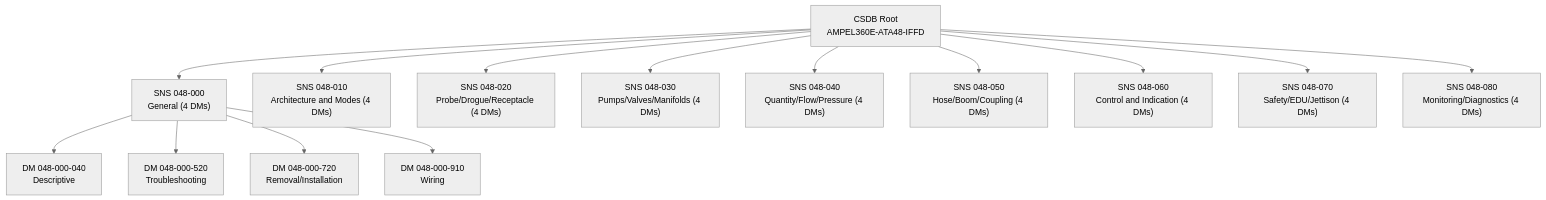
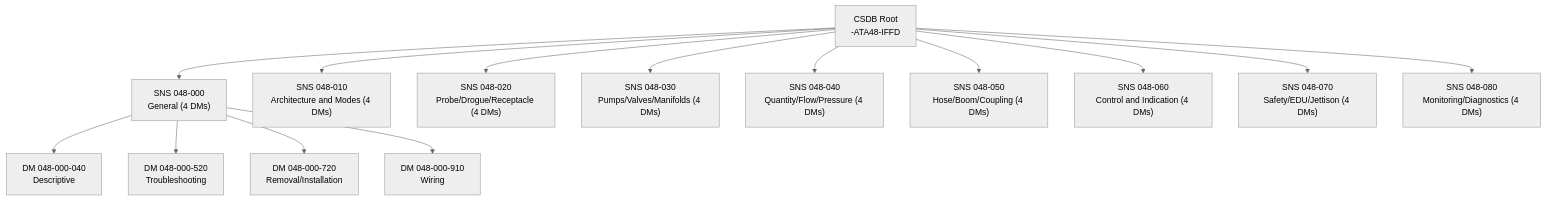
The first of 3 diagrams in Q+ATLANTIDE/000-099_ATLAS/040-049_Avionica-Informacion-y-APU/048_In-Flight-Fuel-Dispensing/048-090-S1000D-CSDB-Mapping-and-Traceability.md (AmedeoPelliccia/Qplus-For-All-Queer-People-and-Quantum), drawn with Mermaid (neutral theme) before and after one commit. The commit also changed other lines of this file and 51 other files, not shown here.

First line of the commit message:
Generalize all 52 ATLAS S1000D-CSDB mapping files: remove AMPEL360E/eWTW/Programmes_example references, add scope: agnostic-standard, use generic DMC placeholders

````diff
--- a/Q+ATLANTIDE/000-099_ATLAS/040-049_Avionica-Informacion-y-APU/048_In-Flight-Fuel-Dispensing/048-090-S1000D-CSDB-Mapping-and-Traceability.md
+++ b/Q+ATLANTIDE/000-099_ATLAS/040-049_Avionica-Informacion-y-APU/048_In-Flight-Fuel-Dispensing/048-090-S1000D-CSDB-Mapping-and-Traceability.md
@@ -124,17 +125,17 @@
 ```mermaid
 graph TD
-    ROOT["CSDB Root\nAMPEL360E-ATA48-IFFD"]
+    ROOT["CSDB Root\n<MODEL>-ATA48-IFFD"]
     ROOT --> SNS000["SNS 048-000\nGeneral (4 DMs)"]
     ROOT --> SNS010["SNS 048-010\nArchitecture and Modes (4 DMs)"]
     ROOT --> SNS020["SNS 048-020\nProbe/Drogue/Receptacle (4 DMs)"]
     ROOT --> SNS030["SNS 048-030\nPumps/Valves/Manifolds (4 DMs)"]
     ROOT --> SNS040["SNS 048-040\nQuantity/Flow/Pressure (4 DMs)"]
     ROOT --> SNS050["SNS 048-050\nHose/Boom/Coupling (4 DMs)"]
     ROOT --> SNS060["SNS 048-060\nControl and Indication (4 DMs)"]
     ROOT --> SNS070["SNS 048-070\nSafety/EDU/Jettison (4 DMs)"]
     ROOT --> SNS080["SNS 048-080\nMonitoring/Diagnostics (4 DMs)"]
     SNS000 --> IC040_000["DM 048-000-040\nDescriptive"]
     SNS000 --> IC520_000["DM 048-000-520\nTroubleshooting"]
     SNS000 --> IC720_000["DM 048-000-720\nRemoval/Installation"]
     SNS000 --> IC910_000["DM 048-000-910\nWiring"]
 ```
````
